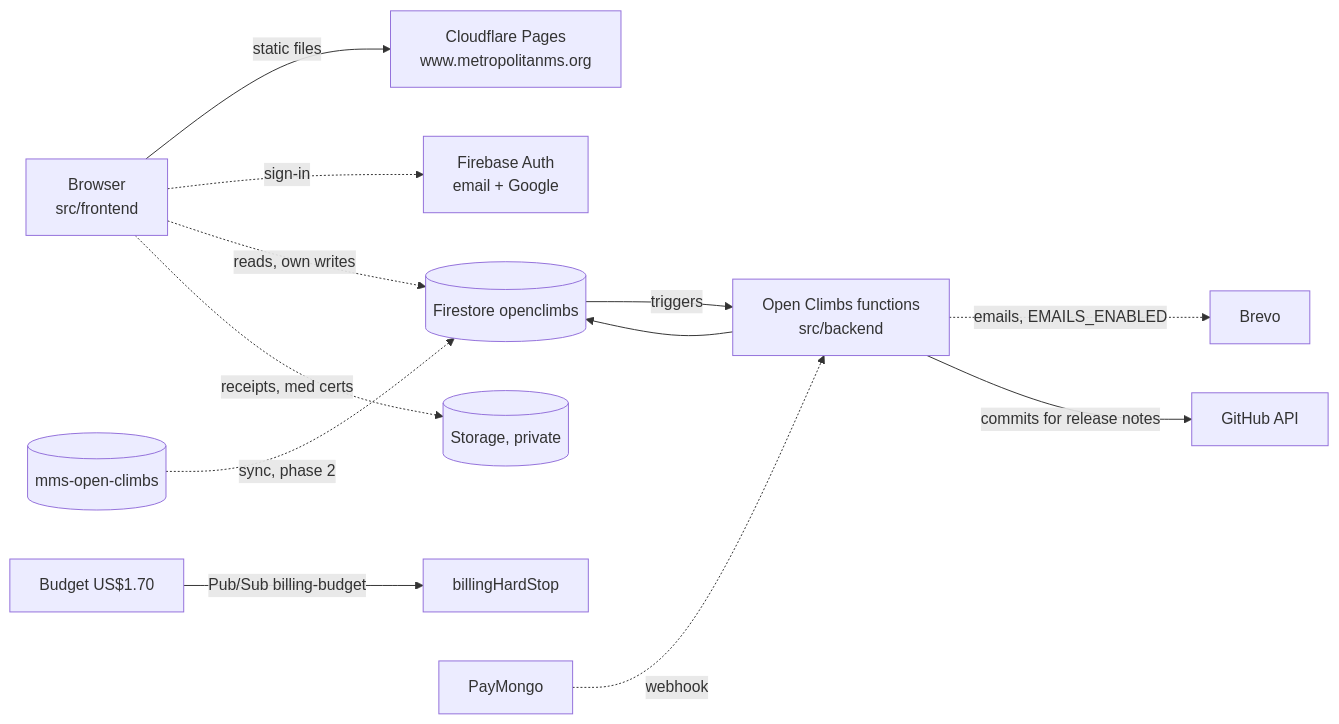
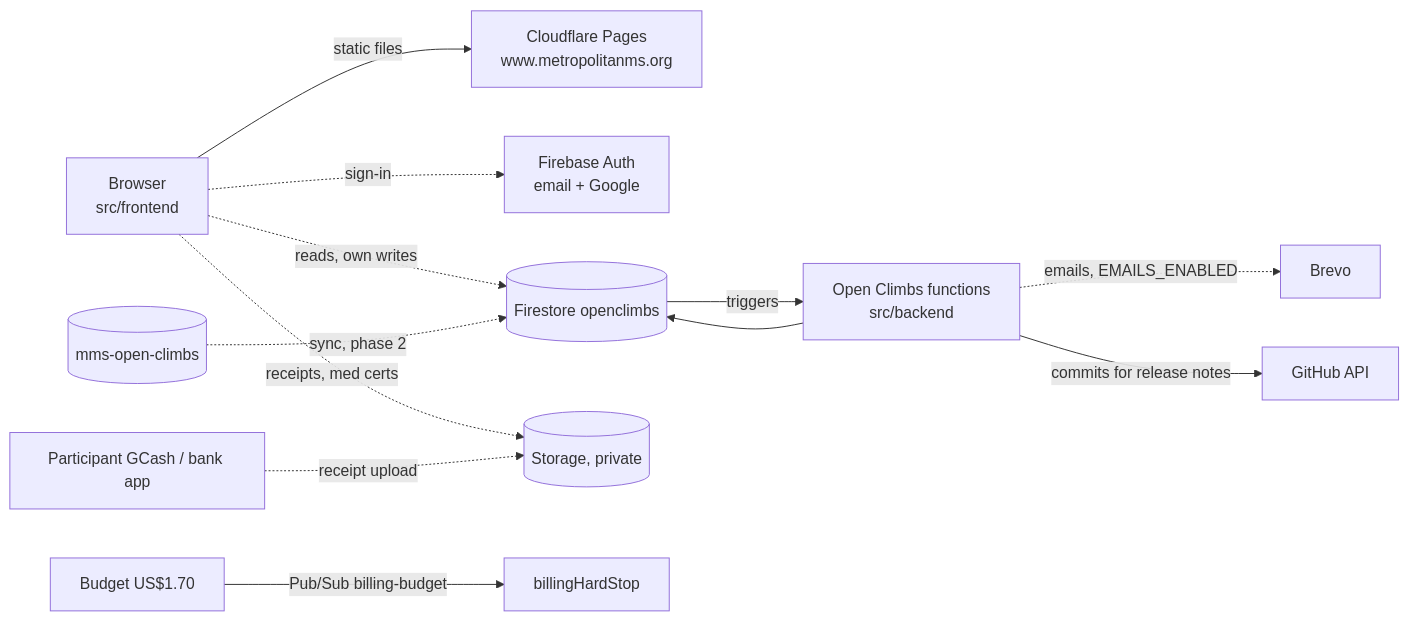
One commit to Oweeboi011/MMS-Official-Site changed the first of 2 diagrams in docs/guides/ARCHITECTURE.md. Above: the diagram before and after it, drawn with Mermaid. The commit also changed 7 other files, not shown here.

Commit message:
Drop PayMongo; move all site data to Firestore

````diff
--- a/docs/guides/ARCHITECTURE.md
+++ b/docs/guides/ARCHITECTURE.md
@@ -9,14 +9,14 @@
 ```mermaid
 flowchart LR
   B[Browser<br/>src/frontend] -->|static files| CF[Cloudflare Pages<br/>www.metropolitanms.org]
   B -.->|sign-in| A[Firebase Auth<br/>email + Google]
   B -.->|reads, own writes| D[(Firestore openclimbs)]
   B -.->|receipts, med certs| S[(Storage, private)]
   D -->|triggers| F[Open Climbs functions<br/>src/backend]
   F --> D
   F -.->|emails, EMAILS_ENABLED| E[Brevo]
   F -->|commits for release notes| GH[GitHub API]
   OLD[(mms-open-climbs)] -.->|sync, phase 2| D
   BU[Budget US$1.70] -->|Pub/Sub billing-budget| H[billingHardStop]
-  P[PayMongo] -.->|webhook| F
+  P[Participant GCash / bank app] -.->|receipt upload| S
 ```
````
